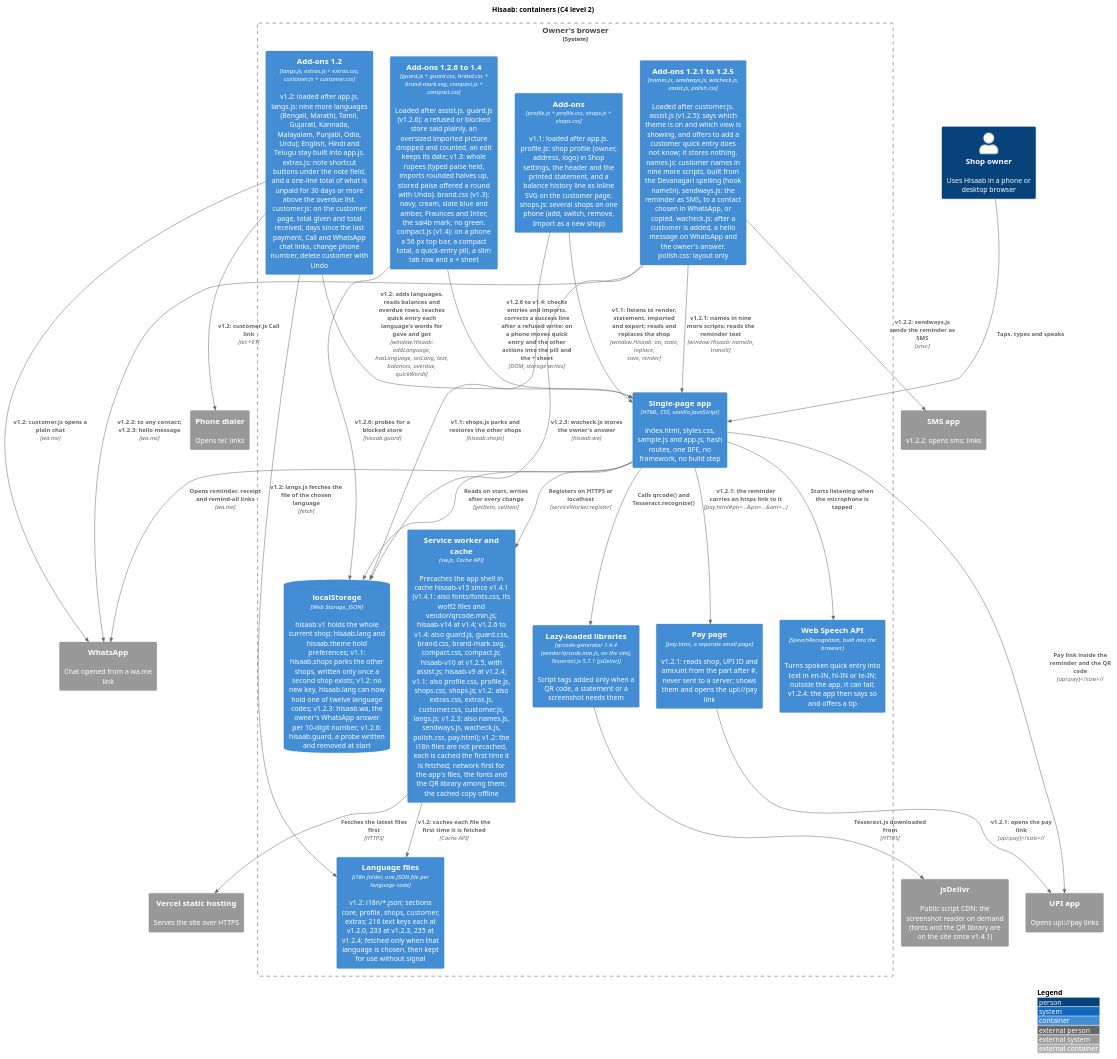
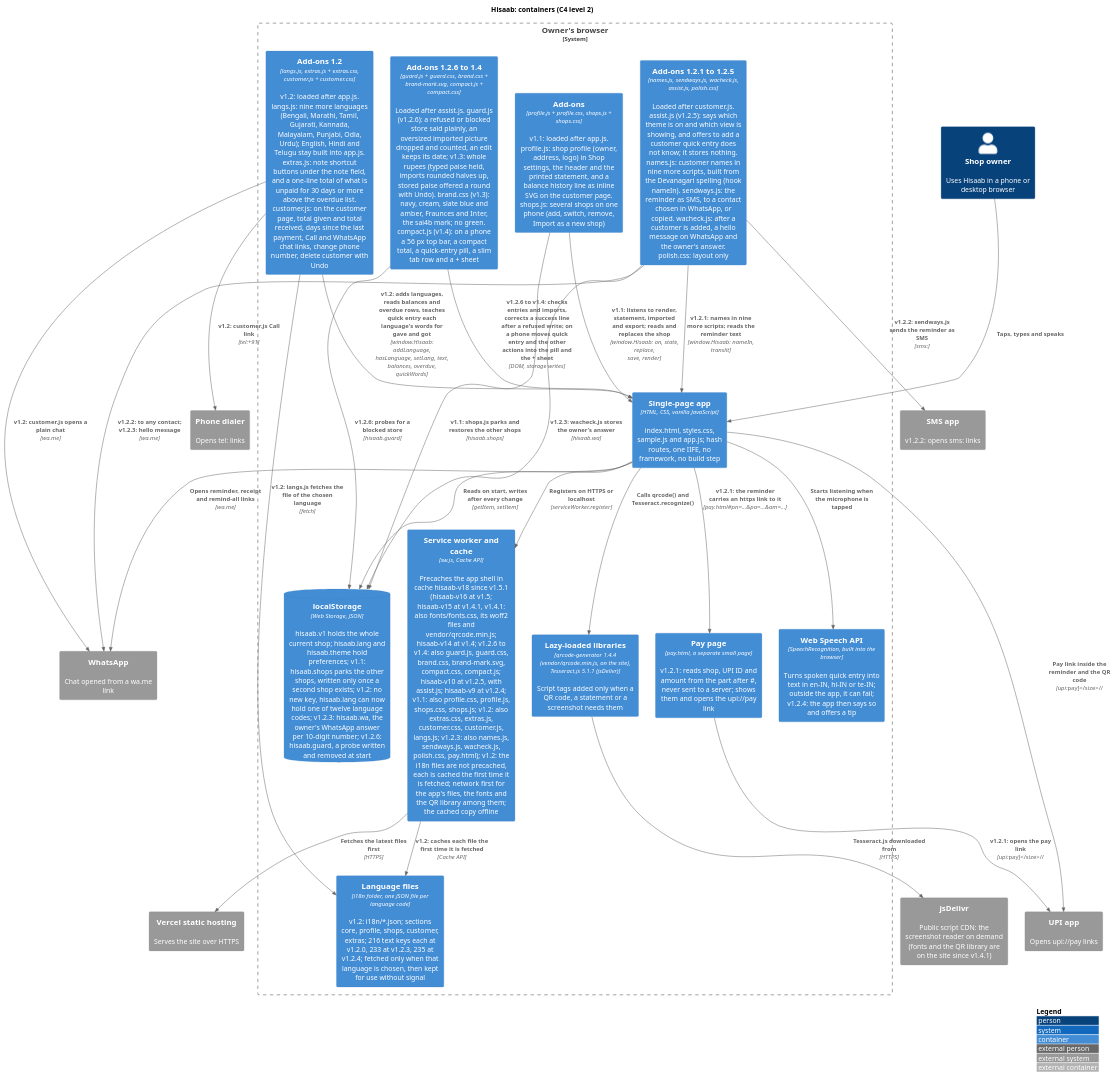
One commit to karwasanjay007/hisaab-docs changed the diagram in docs/diagrams/c4-container.puml. Above: the diagram before and after it, drawn with PlantUML. The commit also changed 15 other files, not shown here.

```diff
--- a/docs/diagrams/c4-container.puml
+++ b/docs/diagrams/c4-container.puml
@@ -1,53 +1,53 @@
 @startuml c4-container
 !include <C4/C4_Container>
 title Hisaab: containers (C4 level 2)
 
 Person(owner, "Shop owner", "Uses Hisaab in a phone or desktop browser")
 System_Ext(whatsapp, "WhatsApp", "Chat opened from a wa.me link")
 System_Ext(upi, "UPI app", "Opens upi://pay links")
 System_Ext(dialer, "Phone dialer", "Opens tel: links")
 System_Ext(sms, "SMS app", "v1.2.2: opens sms: links")
 System_Ext(cdn, "jsDelivr", "Public script CDN: the screenshot reader on demand (fonts and the QR library are on the site since v1.4.1)")
 System_Ext(vercel, "Vercel static hosting", "Serves the site over HTTPS")
 
 System_Boundary(browser, "Owner's browser") {
   Container(spa, "Single-page app", "HTML, CSS, vanilla JavaScript", "index.html, styles.css, sample.js and app.js; hash routes, one IIFE, no framework, no build step")
   Container(addons, "Add-ons", "profile.js + profile.css, shops.js + shops.css", "v1.1: loaded after app.js. profile.js: shop profile (owner, address, logo) in Shop settings, the header and the printed statement, and a balance history line as inline SVG on the customer page. shops.js: several shops on one phone (add, switch, remove, Import as a new shop)")
   ContainerDb(ls, "localStorage", "Web Storage, JSON", "hisaab.v1 holds the whole current shop; hisaab.lang and hisaab.theme hold preferences; v1.1: hisaab.shops parks the other shops, written only once a second shop exists; v1.2: no new key, hisaab.lang can now hold one of twelve language codes; v1.2.3: hisaab.wa, the owner's WhatsApp answer per 10-digit number; v1.2.6: hisaab.guard, a probe written and removed at start")
-  Container(sw, "Service worker and cache", "sw.js, Cache API", "Precaches the app shell in cache hisaab-v15 since v1.4.1 (v1.4.1: also fonts/fonts.css, its woff2 files and vendor/qrcode.min.js; hisaab-v14 at v1.4; v1.2.6 to v1.4: also guard.js, guard.css, brand.css, brand-mark.svg, compact.css, compact.js; hisaab-v10 at v1.2.5, with assist.js; hisaab-v9 at v1.2.4; v1.1: also profile.css, profile.js, shops.css, shops.js; v1.2: also extras.css, extras.js, customer.css, customer.js, langs.js; v1.2.3: also names.js, sendways.js, wacheck.js, polish.css, pay.html); v1.2: the i18n files are not precached, each is cached the first time it is fetched; network first for the app's files, the fonts and the QR library among them; the cached copy offline")
+  Container(sw, "Service worker and cache", "sw.js, Cache API", "Precaches the app shell in cache hisaab-v18 since v1.5.1 (hisaab-v16 at v1.5; hisaab-v15 at v1.4.1, v1.4.1: also fonts/fonts.css, its woff2 files and vendor/qrcode.min.js; hisaab-v14 at v1.4; v1.2.6 to v1.4: also guard.js, guard.css, brand.css, brand-mark.svg, compact.css, compact.js; hisaab-v10 at v1.2.5, with assist.js; hisaab-v9 at v1.2.4; v1.1: also profile.css, profile.js, shops.css, shops.js; v1.2: also extras.css, extras.js, customer.css, customer.js, langs.js; v1.2.3: also names.js, sendways.js, wacheck.js, polish.css, pay.html); v1.2: the i18n files are not precached, each is cached the first time it is fetched; network first for the app's files, the fonts and the QR library among them; the cached copy offline")
   Container(addons12, "Add-ons 1.2", "langs.js, extras.js + extras.css, customer.js + customer.css", "v1.2: loaded after app.js. langs.js: nine more languages (Bengali, Marathi, Tamil, Gujarati, Kannada, Malayalam, Punjabi, Odia, Urdu); English, Hindi and Telugu stay built into app.js. extras.js: note shortcut buttons under the note field, and a one-line total of what is unpaid for 30 days or more above the overdue list. customer.js: on the customer page, total given and total received, days since the last payment, Call and WhatsApp chat links, change phone number, delete customer with Undo")
   Container(i18nfiles, "Language files", "i18n folder, one JSON file per language code", "v1.2: i18n/*.json; sections core, profile, shops, customer, extras; 216 text keys each at v1.2.0, 233 at v1.2.3, 235 at v1.2.4; fetched only when that language is chosen, then kept for use without signal")
   Container(addons123, "Add-ons 1.2.1 to 1.2.5", "names.js, sendways.js, wacheck.js, assist.js, polish.css", "Loaded after customer.js. assist.js (v1.2.5): says which theme is on and which view is showing, and offers to add a customer quick entry does not know; it stores nothing. names.js: customer names in nine more scripts, built from the Devanagari spelling (hook nameIn). sendways.js: the reminder as SMS, to a contact chosen in WhatsApp, or copied. wacheck.js: after a customer is added, a hello message on WhatsApp and the owner's answer. polish.css: layout only")
   Container(addons14, "Add-ons 1.2.6 to 1.4", "guard.js + guard.css, brand.css + brand-mark.svg, compact.js + compact.css", "Loaded after assist.js. guard.js (v1.2.6): a refused or blocked store said plainly, an oversized imported picture dropped and counted, an edit keeps its date; v1.3: whole rupees (typed paise held, imports rounded halves up, stored paise offered a round with Undo). brand.css (v1.3): navy, cream, slate blue and amber, Fraunces and Inter, the sai4b mark; no green. compact.js (v1.4): on a phone a 56 px top bar, a compact total, a quick-entry pill, a slim tab row and a + sheet")
   Container(paypage, "Pay page", "pay.html, a separate small page", "v1.2.1: reads shop, UPI ID and amount from the part after #, never sent to a server; shows them and opens the upi://pay link")
   Container(libs, "Lazy-loaded libraries", "qrcode-generator 1.4.4 (vendor/qrcode.min.js, on the site), Tesseract.js 5.1.1 (jsDelivr)", "Script tags added only when a QR code, a statement or a screenshot needs them")
   Container(speech, "Web Speech API", "SpeechRecognition, built into the browser", "Turns spoken quick entry into text in en-IN, hi-IN or te-IN; outside the app, it can fail; v1.2.4: the app then says so and offers a tip")
 }
 
 Rel(owner, spa, "Taps, types and speaks")
 Rel(spa, ls, "Reads on start, writes after every change", "getItem, setItem")
 Rel(addons, spa, "v1.1: listens to render, statement, imported and export; reads and replaces the shop", "window.Hisaab: on, state, replace, save, render")
 Rel(addons, ls, "v1.1: shops.js parks and restores the other shops", "hisaab.shops")
 Rel(addons12, spa, "v1.2: adds languages, reads balances and overdue rows, teaches quick entry each language's words for gave and got", "window.Hisaab: addLanguage, hasLanguage, setLang, text, balances, overdue, quickWords")
 Rel(addons12, i18nfiles, "v1.2: langs.js fetches the file of the chosen language", "fetch")
 Rel(sw, i18nfiles, "v1.2: caches each file the first time it is fetched", "Cache API")
 Rel(spa, sw, "Registers on HTTPS or localhost", "serviceWorker.register")
 Rel(sw, vercel, "Fetches the latest files first", "HTTPS")
 Rel(spa, libs, "Calls qrcode() and Tesseract.recognize()")
 Rel(libs, cdn, "Tesseract.js downloaded from", "HTTPS")
 Rel(spa, speech, "Starts listening when the microphone is tapped")
 Rel(spa, whatsapp, "Opens reminder, receipt and remind-all links", "wa.me")
 Rel(spa, upi, "Pay link inside the reminder and the QR code", "upi://pay")
 Rel(addons12, whatsapp, "v1.2: customer.js opens a plain chat", "wa.me")
 Rel(addons12, dialer, "v1.2: customer.js Call link", "tel:+91")
 Rel(addons123, spa, "v1.2.1: names in nine more scripts; reads the reminder text", "window.Hisaab: nameIn, translit")
 Rel(addons123, ls, "v1.2.3: wacheck.js stores the owner's answer", "hisaab.wa")
 Rel(addons123, sms, "v1.2.2: sendways.js sends the reminder as SMS", "sms:")
 Rel(addons123, whatsapp, "v1.2.2: to any contact; v1.2.3: hello message", "wa.me")
 Rel(spa, paypage, "v1.2.1: the reminder carries an https link to it", "pay.html#pn=...&pa=...&am=...")
 Rel(paypage, upi, "v1.2.1: opens the pay link", "upi://pay")
 Rel(addons14, spa, "v1.2.6 to v1.4: checks entries and imports, corrects a success line after a refused write; on a phone moves quick entry and the other actions into the pill and the + sheet", "DOM, storage writes")
 Rel(addons14, ls, "v1.2.6: probes for a blocked store", "hisaab.guard")
 
 LAYOUT_WITH_LEGEND()
 @enduml
```
